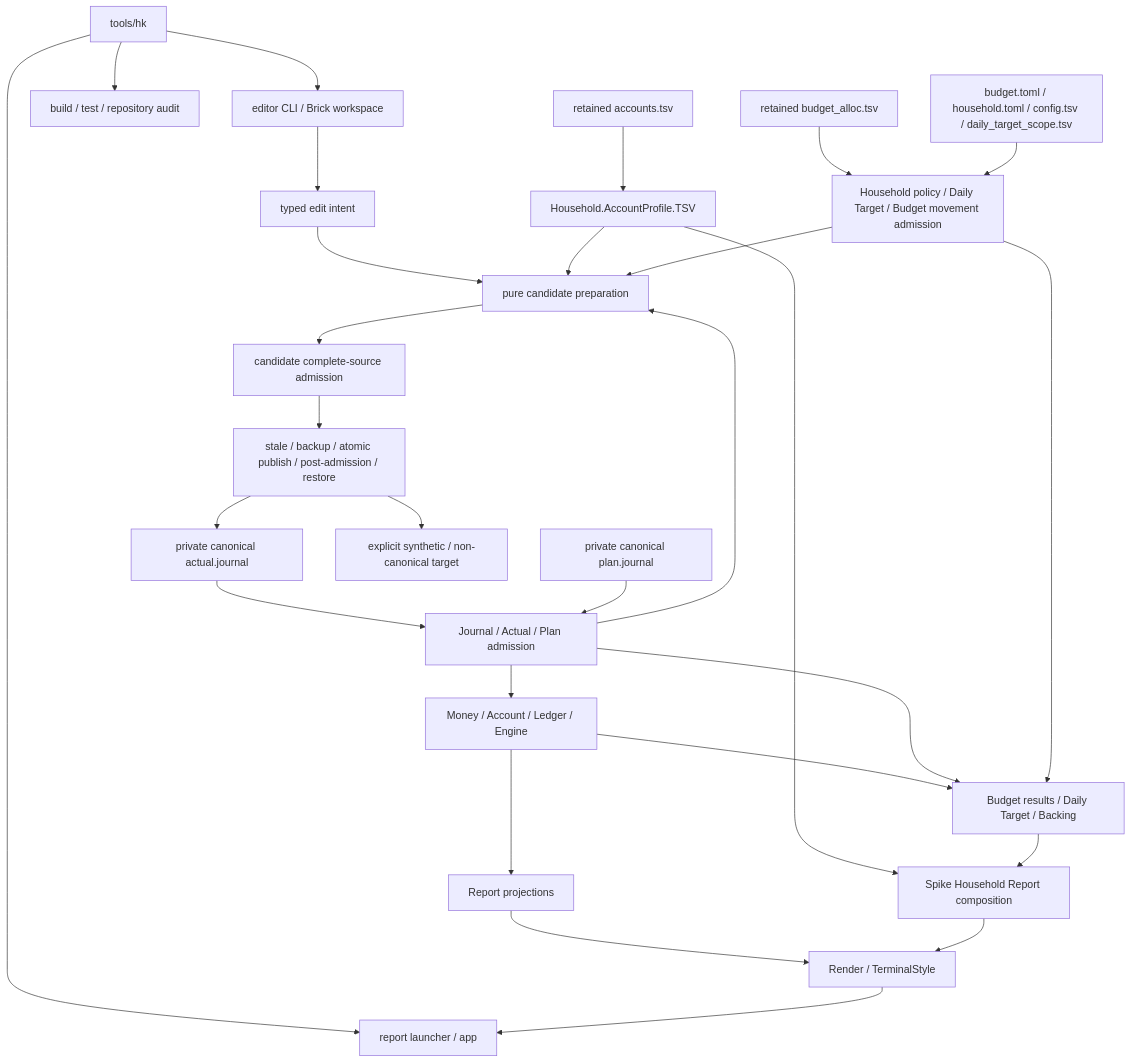
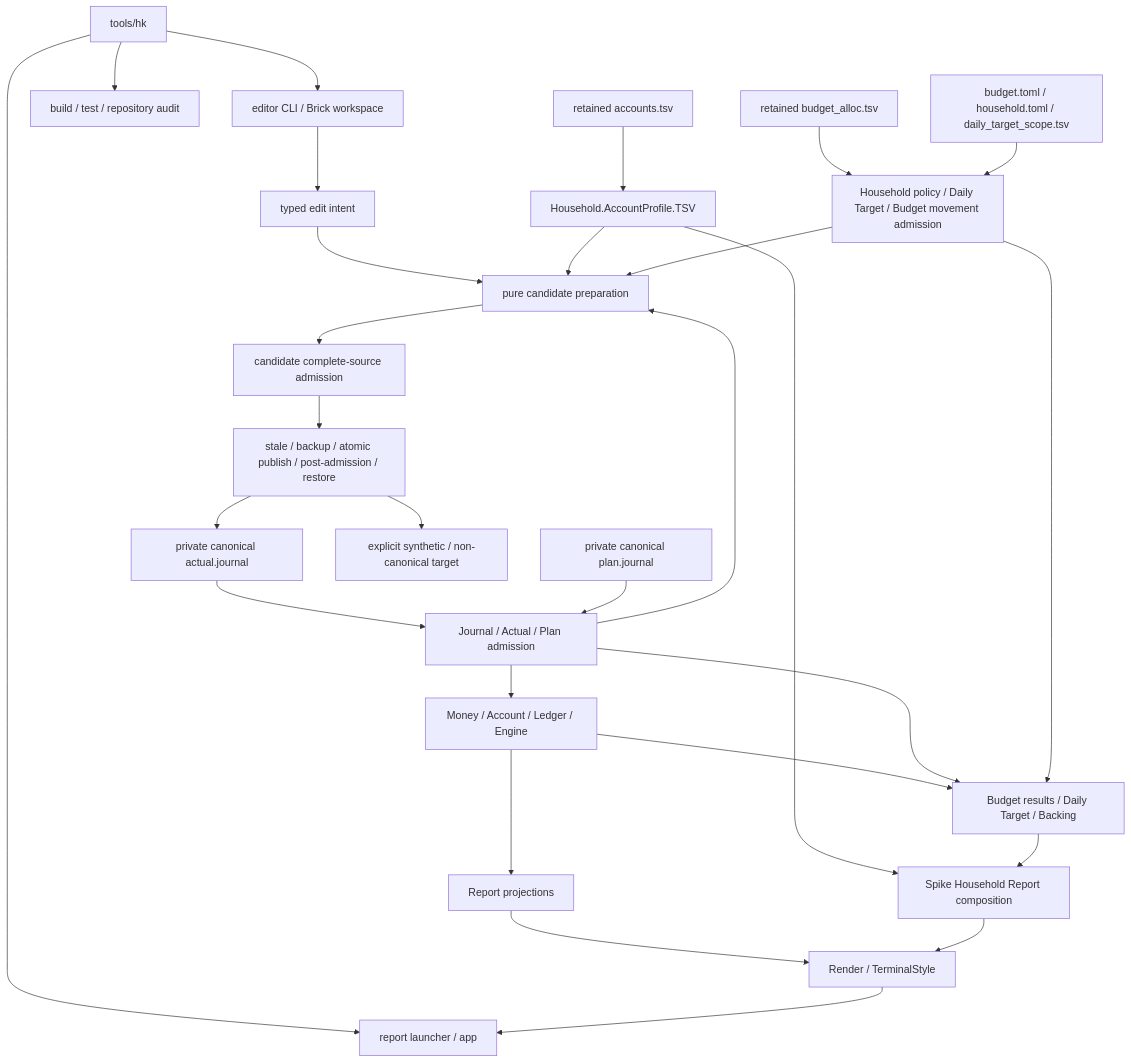
One commit to shumoku88-bit/h-kernel changed the diagram in docs/CODE_MAP_AND_DESIGN_SKETCH.md. Above: the diagram before and after it, drawn with Mermaid. The commit also changed other lines of this file, not shown here.

Commit message:
docs: sync current source flow in code map (#72)

````diff
--- a/docs/CODE_MAP_AND_DESIGN_SKETCH.md
+++ b/docs/CODE_MAP_AND_DESIGN_SKETCH.md
@@ -95,51 +95,51 @@
 ```mermaid
 graph TD
     Hub["tools/hk"]
     ReportApp["report launcher / app"]
     EditorApp["editor CLI / Brick workspace"]
     Checks["build / test / repository audit"]
 
     CanonicalActual["private canonical actual.journal"]
     CanonicalPlan["private canonical plan.journal"]
     AccountProfileSource["retained accounts.tsv"]
     BudgetMovementSource["retained budget_alloc.tsv"]
-    ConfigSources["budget.toml / household.toml / config.tsv / daily_target_scope.tsv"]
+    ConfigSources["budget.toml / household.toml / daily_target_scope.tsv"]
     RehearsalTarget["explicit synthetic / non-canonical target"]
 
     CoreAdmission["Journal / Actual / Plan admission"]
     AccountProfileAdmission["Household.AccountProfile.TSV"]
     HouseholdAdmission["Household policy / Daily Target / Budget movement admission"]
     Accounting["Money / Account / Ledger / Engine"]
     Household["Budget results / Daily Target / Backing"]
     Composition["Spike Household Report composition"]
     Reports["Report projections"]
     Render["Render / TerminalStyle"]
 
     Intent["typed edit intent"]
     Candidate["pure candidate preparation"]
     CompleteAdmission["candidate complete-source admission"]
     Writer["stale / backup / atomic publish / post-admission / restore"]
 
     Hub --> ReportApp
     Hub --> EditorApp
     Hub --> Checks
 
     CanonicalActual --> CoreAdmission --> Accounting
     CanonicalPlan --> CoreAdmission
     AccountProfileSource --> AccountProfileAdmission
     BudgetMovementSource --> HouseholdAdmission
     ConfigSources --> HouseholdAdmission
 
     Accounting --> Reports --> Render --> ReportApp
     Accounting --> Household
     CoreAdmission --> Household
     AccountProfileAdmission --> Composition
     HouseholdAdmission --> Household --> Composition --> Render
 
     EditorApp --> Intent --> Candidate --> CompleteAdmission --> Writer
     CoreAdmission --> Candidate
     AccountProfileAdmission --> Candidate
     HouseholdAdmission --> Candidate
     Writer --> CanonicalActual
     Writer --> RehearsalTarget
 ```
````
